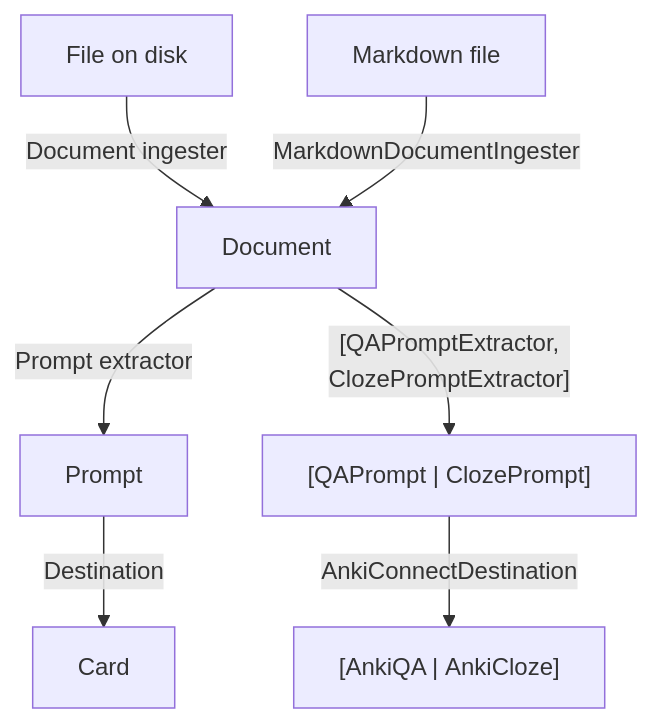
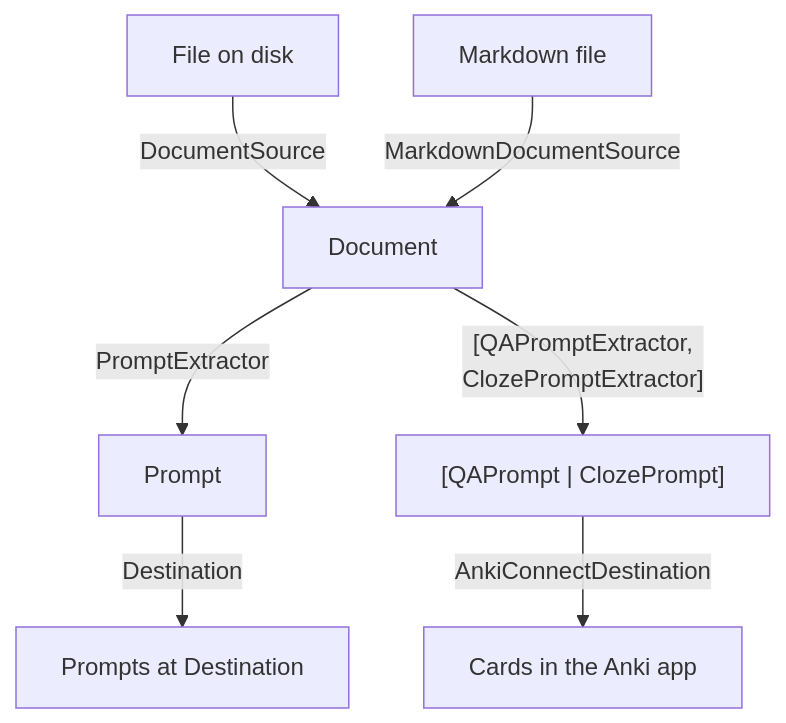
One commit to MartinBernstorff/Memium changed the diagram in readme.md. Above: the diagram before and after it, drawn with Mermaid.

````diff
--- a/readme.md
+++ b/readme.md
@@ -76,16 +76,17 @@
 ```mermaid
 
 graph TD 
 	FD["File on disk"]
-	FD -- Document ingester --> Document
-	Document -- Prompt extractor --> Prompt
-	Prompt -- Destination --> Card 
+        DP["Prompts at Destination"]
+	FD -- DocumentSource --> Document
+	Document -- PromptExtractor --> Prompt
+	Prompt -- Destination --> DP
  
 	MD["Markdown file"]
-	 Prompts["[QAPrompt | ClozePrompt]"]
-  Cards["[AnkiQA | AnkiCloze]"]
+	Prompts["[QAPrompt | ClozePrompt]"]
+        Anki["Cards in the Anki app"]
  
-	MD -- MarkdownDocumentIngester --> Document
+	MD -- MarkdownDocumentSource --> Document
 	Document -- "[QAPromptExtractor, \nClozePromptExtractor]" --> Prompts
-	Prompts -- AnkiConnectDestination --> Cards
+        Prompts -- AnkiConnectDestination --> Anki
  ```
````
